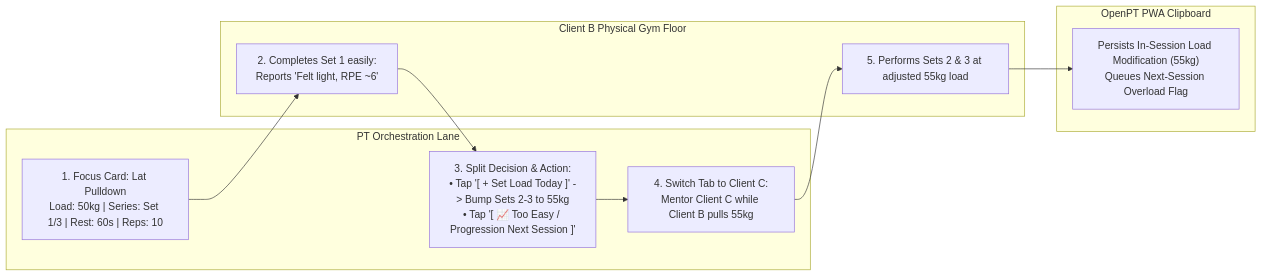
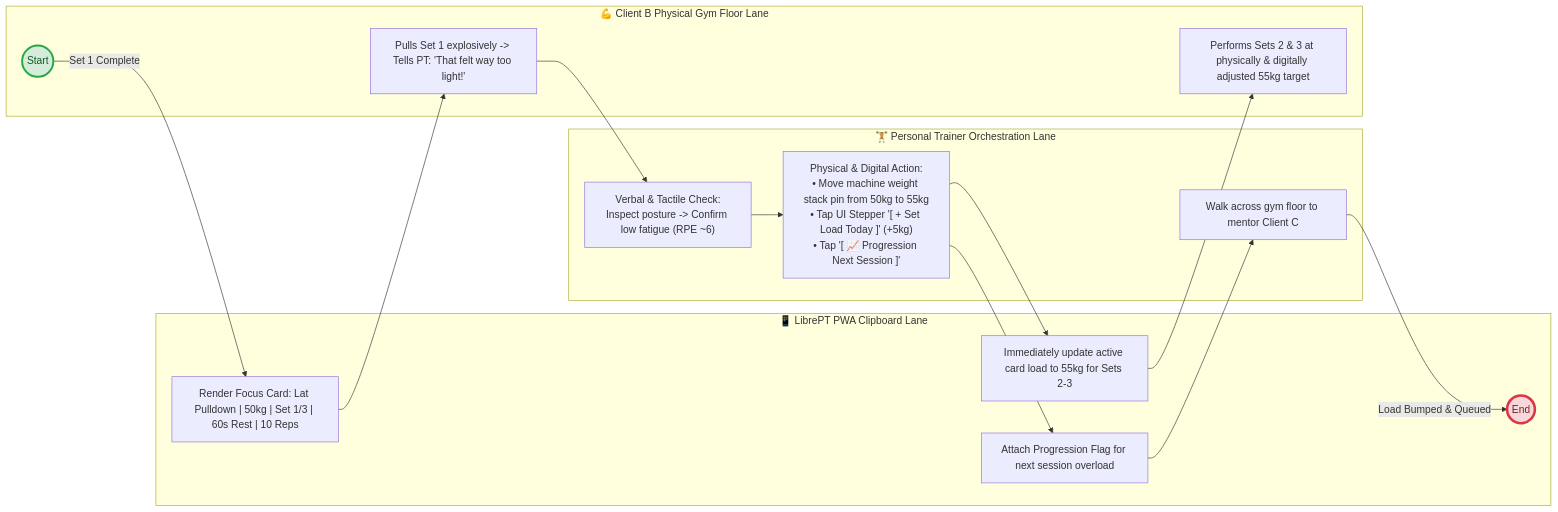
Before and after one commit to stutek/LibrePT: the second of 4 diagrams in use_cases/uc1_gym_floor_clipboard.md, drawn with Mermaid. The commit also changed other lines of this file and 14 other files, not shown here.

````diff
--- a/use_cases/uc1_gym_floor_clipboard.md
+++ b/use_cases/uc1_gym_floor_clipboard.md
@@ -56,23 +65,34 @@
 ```mermaid
 graph LR
-    subgraph TrainerLane["PT Orchestration Lane"]
-        T21["1. Focus Card: Lat Pulldown<br/>Load: 50kg | Series: Set 1/3 | Rest: 60s | Reps: 10"]
-        T22["3. Split Decision & Action:<br/>• Tap '[ + Set Load Today ]' -> Bump Sets 2-3 to 55kg<br/>• Tap '[ 📈 Too Easy / Progression Next Session ]'"]
-        T23["4. Switch Tab to Client C:<br/>Mentor Client C while Client B pulls 55kg"]
+    subgraph PWALane ["📱 LibrePT PWA Clipboard Lane"]
+        PWA21["Render Focus Card: Lat Pulldown | 50kg | Set 1/3 | 60s Rest | 10 Reps"]
+        PWA22["Immediately update active card load to 55kg for Sets 2-3"]
+        PWA23["Attach Progression Flag for next session overload"]
+        End2(("End"))
     end
 
-    subgraph ClientBLane["Client B Physical Gym Floor"]
-        CB21["2. Completes Set 1 easily:<br/>Reports 'Felt light, RPE ~6'"]
-        CB22["5. Performs Sets 2 & 3 at adjusted 55kg load"]
+    subgraph TrainerLane ["🏋️ Personal Trainer Orchestration Lane"]
+        T21["Verbal & Tactile Check:<br/>Inspect posture -> Confirm low fatigue (RPE ~6)"]
+        T22["Physical & Digital Action:<br/>• Move machine weight stack pin from 50kg to 55kg<br/>• Tap UI Stepper '[ + Set Load Today ]' (+5kg)<br/>• Tap '[ 📈 Progression Next Session ]'"]
+        T23["Walk across gym floor to mentor Client C"]
     end
 
-    subgraph PWALane["OpenPT PWA Clipboard"]
-        P21["Persists In-Session Load Modification (55kg)<br/>Queues Next-Session Overload Flag"]
+    subgraph ClientLane ["💪 Client B Physical Gym Floor Lane"]
+        Start2(("Start"))
+        CB21["Pulls Set 1 explosively -> Tells PT: 'That felt way too light!'"]
+        CB22["Performs Sets 2 & 3 at physically & digitally adjusted 55kg target"]
     end
 
-    T21 --> CB21
-    CB21 --> T22
-    T22 --> T23
-    T23 --> CB22
-    CB22 --> P21
+    Start2 -- "Set 1 Complete" --> PWA21
+    PWA21 --> CB21
+    CB21 --> T21
+    T21 --> T22
+    T22 --> PWA22
+    T22 --> PWA23
+    PWA22 --> CB22
+    PWA23 --> T23
+    T23 -- "Load Bumped & Queued" --> End2
+
+    style Start2 fill:#d4edda,stroke:#28a745,stroke-width:3px,color:#155724
+    style End2 fill:#f8d7da,stroke:#dc3545,stroke-width:4px,color:#721c24
 ```
````
